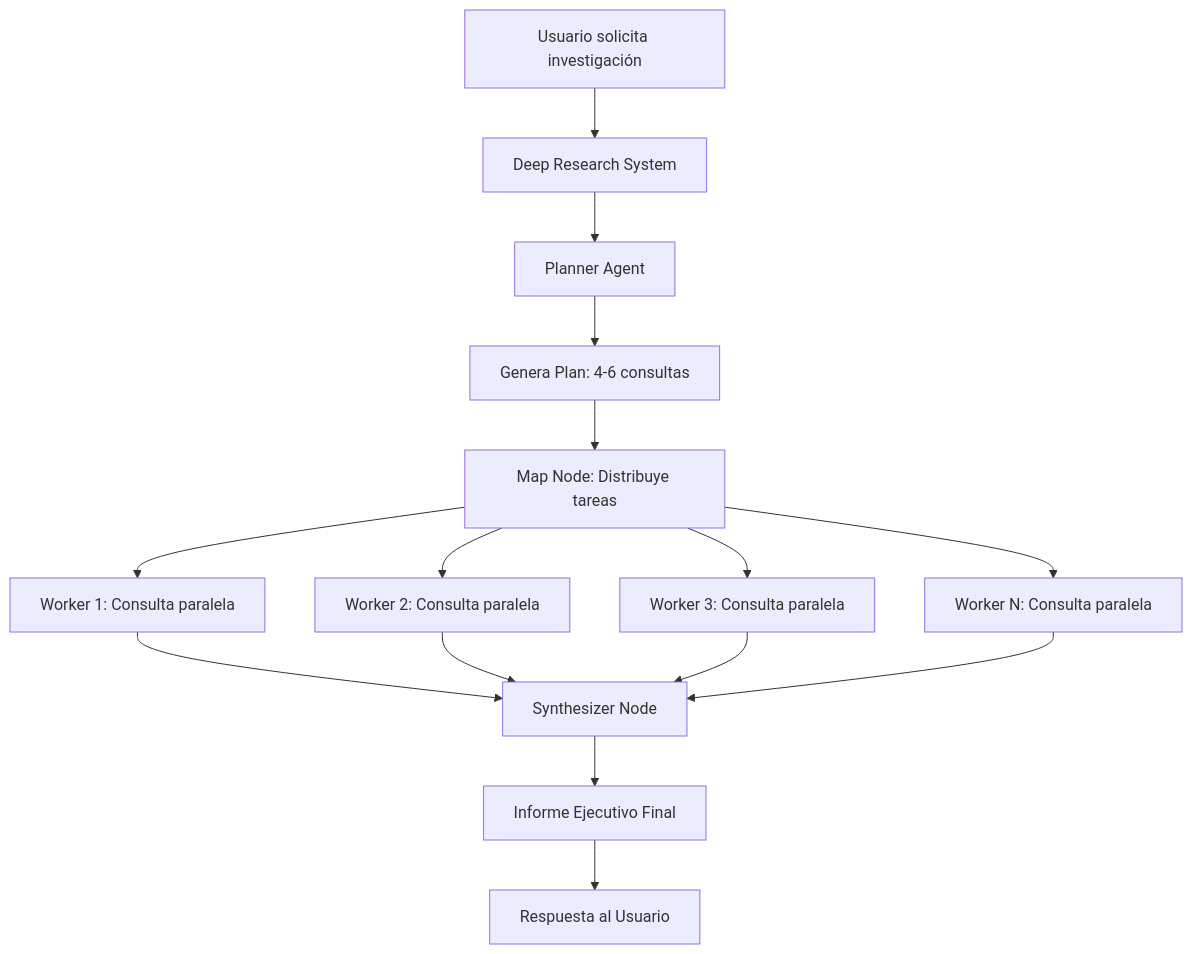
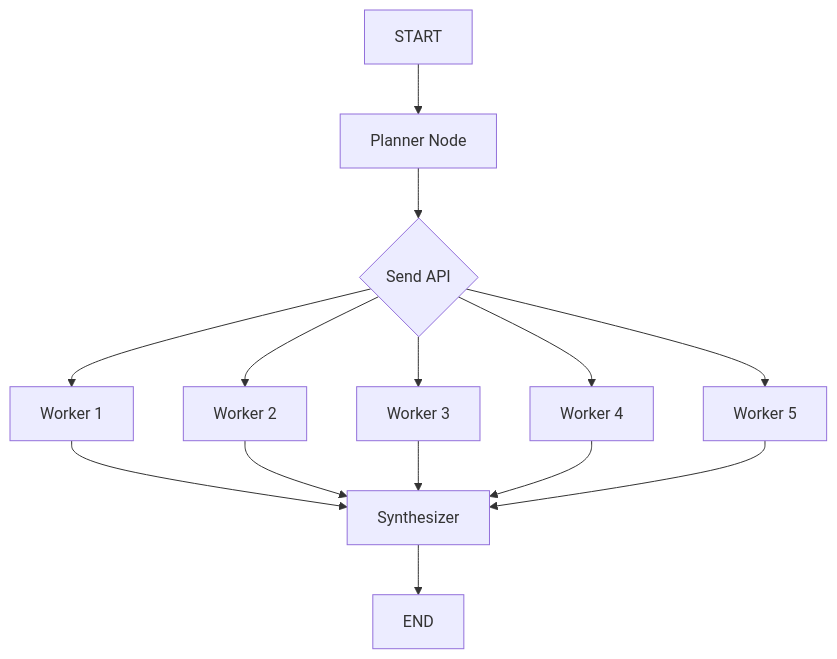
One commit to DarkCodePE/kumak changed the diagram in DEEP_RESEARCH_SYSTEM.md. Above: the diagram before and after it, drawn with Mermaid. The commit also changed other lines of this file, not shown here.

````diff
--- a/DEEP_RESEARCH_SYSTEM.md
+++ b/DEEP_RESEARCH_SYSTEM.md
@@ -9,17 +31,16 @@
 ```mermaid
 graph TD
-    A[Usuario solicita investigación] --> B[Deep Research System]
-    B --> C[Planner Agent]
-    C --> D[Genera Plan: 4-6 consultas]
-    D --> E[Map Node: Distribuye tareas]
-    E --> F[Worker 1: Consulta paralela]
-    E --> G[Worker 2: Consulta paralela]
-    E --> H[Worker 3: Consulta paralela]
-    E --> I[Worker N: Consulta paralela]
-    F --> J[Synthesizer Node]
-    G --> J
-    H --> J
-    I --> J
-    J --> K[Informe Ejecutivo Final]
-    K --> L[Respuesta al Usuario]
+    A[START] --> B[Planner Node]
+    B --> C{Send API}
+    C --> D1[Worker 1]
+    C --> D2[Worker 2] 
+    C --> D3[Worker 3]
+    C --> D4[Worker 4]
+    C --> D5[Worker 5]
+    D1 --> E[Synthesizer]
+    D2 --> E
+    D3 --> E
+    D4 --> E
+    D5 --> E
+    E --> F[END]
 ```
````
